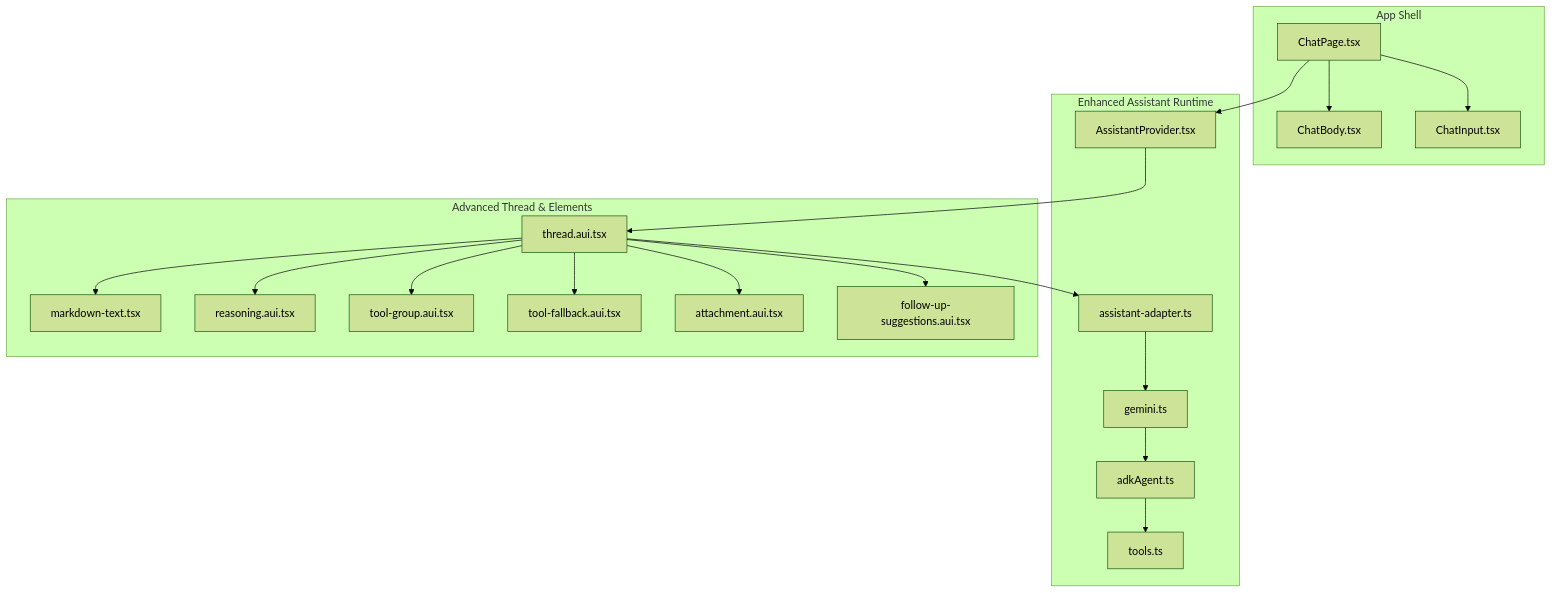
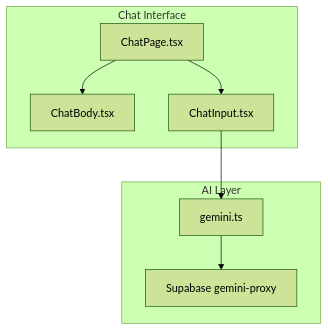
Before and after one commit to MudassarAbrar/FreshRoute-Ai: the diagram in .qoder/repowiki/en/content/AI Integration/Assistant UI Components.md, drawn with Mermaid (forest theme). The commit also changed other lines of this file and 10 other files, not shown here.

````diff
--- a/.qoder/repowiki/en/content/AI Integration/Assistant UI Components.md
+++ b/.qoder/repowiki/en/content/AI Integration/Assistant UI Components.md
@@ -47,38 +34,16 @@
 ```mermaid
 graph TB
-subgraph "App Shell"
+subgraph "Chat Interface"
 ChatPage["ChatPage.tsx"]
 ChatBody["ChatBody.tsx"]
 ChatInput["ChatInput.tsx"]
 end
-subgraph "Enhanced Assistant Runtime"
-Provider["AssistantProvider.tsx"]
-Adapter["assistant-adapter.ts"]
+subgraph "AI Layer"
 Gemini["gemini.ts"]
-ADK["adkAgent.ts"]
-Tools["tools.ts"]
+Proxy["Supabase gemini-proxy"]
 end
-subgraph "Advanced Thread & Elements"
-Thread["thread.aui.tsx"]
-Markdown["markdown-text.tsx"]
-Reasoning["reasoning.aui.tsx"]
-ToolGroup["tool-group.aui.tsx"]
-ToolFallback["tool-fallback.aui.tsx"]
-Attachment["attachment.aui.tsx"]
-Suggestions["follow-up-suggestions.aui.tsx"]
-end
-ChatPage --> Provider
 ChatPage --> ChatBody
 ChatPage --> ChatInput
-Provider --> Thread
-Thread --> Markdown
-Thread --> Reasoning
-Thread --> ToolGroup
-Thread --> ToolFallback
-Thread --> Attachment
-Thread --> Suggestions
-Thread --> Adapter
-Adapter --> Gemini
-Gemini --> ADK
-ADK --> Tools
+ChatInput --> Gemini
+Gemini --> Proxy
 ```
````
